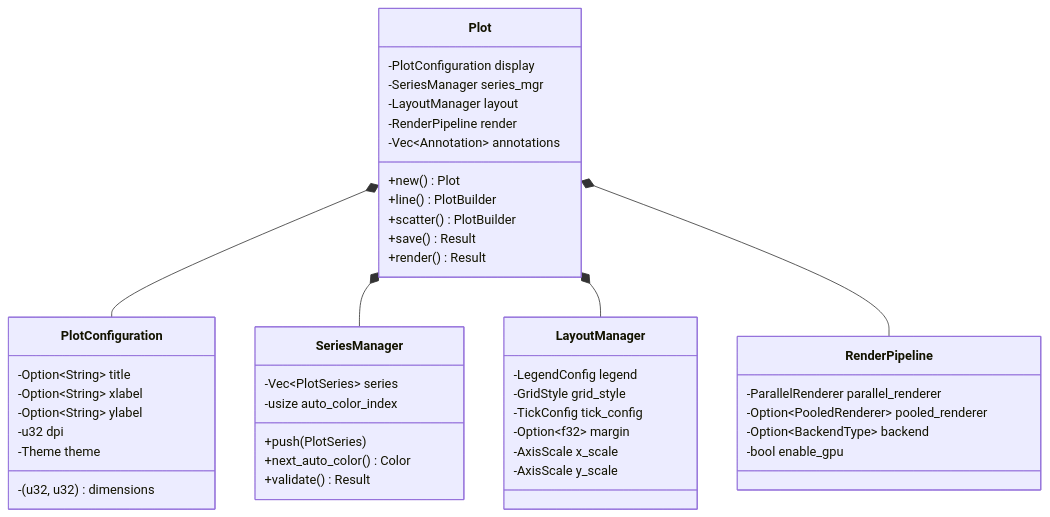
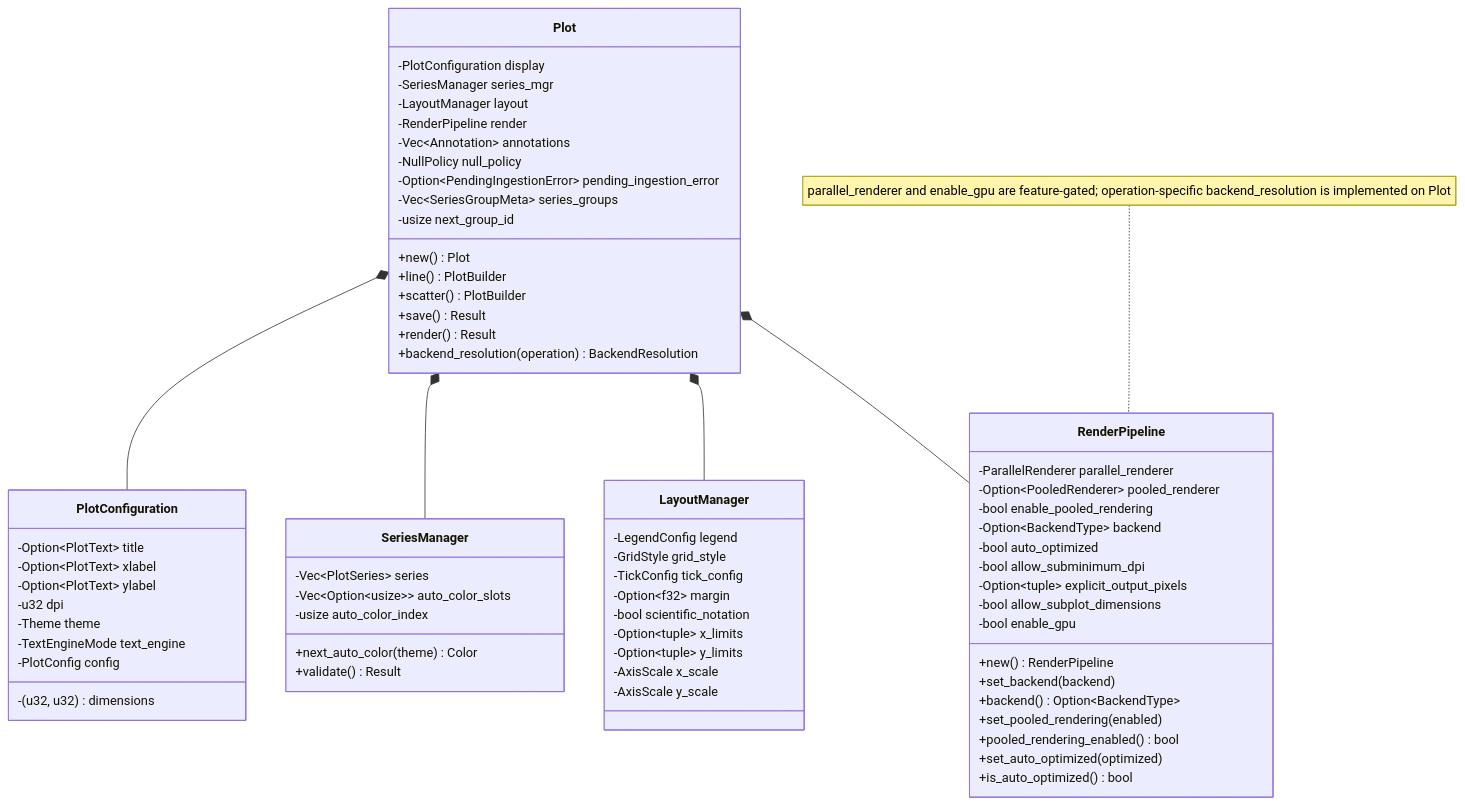
Before and after one commit to Ameyanagi/ruviz: the first of 7 diagrams in docs/ARCHITECTURE.md, drawn with Mermaid. The commit also changed other lines of this file and 80 other files, not shown here.

````diff
--- a/docs/ARCHITECTURE.md
+++ b/docs/ARCHITECTURE.md
@@ -11,53 +11,77 @@
 ```mermaid
 classDiagram
     class Plot {
         -PlotConfiguration display
         -SeriesManager series_mgr
         -LayoutManager layout
         -RenderPipeline render
         -Vec~Annotation~ annotations
+        -NullPolicy null_policy
+        -Option~PendingIngestionError~ pending_ingestion_error
+        -Vec~SeriesGroupMeta~ series_groups
+        -usize next_group_id
         +new() Plot
         +line() PlotBuilder
         +scatter() PlotBuilder
         +save() Result
         +render() Result
+        +backend_resolution(operation) BackendResolution
     }
 
     class PlotConfiguration {
-        -Option~String~ title
-        -Option~String~ xlabel
-        -Option~String~ ylabel
+        -Option~PlotText~ title
+        -Option~PlotText~ xlabel
+        -Option~PlotText~ ylabel
         -(u32, u32) dimensions
         -u32 dpi
         -Theme theme
+        -TextEngineMode text_engine
+        -PlotConfig config
     }
 
     class SeriesManager {
         -Vec~PlotSeries~ series
+        -Vec~Option~usize~~ auto_color_slots
         -usize auto_color_index
-        +push(PlotSeries)
-        +next_auto_color() Color
+        +next_auto_color(theme) Color
         +validate() Result
     }
 
     class LayoutManager {
         -LegendConfig legend
         -GridStyle grid_style
         -TickConfig tick_config
         -Option~f32~ margin
+        -bool scientific_notation
+        -Option~tuple~ x_limits
+        -Option~tuple~ y_limits
         -AxisScale x_scale
         -AxisScale y_scale
     }
 
     class RenderPipeline {
         -ParallelRenderer parallel_renderer
         -Option~PooledRenderer~ pooled_renderer
+        -bool enable_pooled_rendering
         -Option~BackendType~ backend
+        -bool auto_optimized
+        -bool allow_subminimum_dpi
+        -Option~tuple~ explicit_output_pixels
+        -bool allow_subplot_dimensions
         -bool enable_gpu
+        +new() RenderPipeline
+        +set_backend(backend)
+        +backend() Option~BackendType~
+        +set_pooled_rendering(enabled)
+        +pooled_rendering_enabled() bool
+        +set_auto_optimized(optimized)
+        +is_auto_optimized() bool
     }
+
+    note for RenderPipeline "parallel_renderer and enable_gpu are feature-gated; operation-specific backend_resolution is implemented on Plot"
 
     Plot *-- PlotConfiguration
     Plot *-- SeriesManager
     Plot *-- LayoutManager
     Plot *-- RenderPipeline
 ```
````
